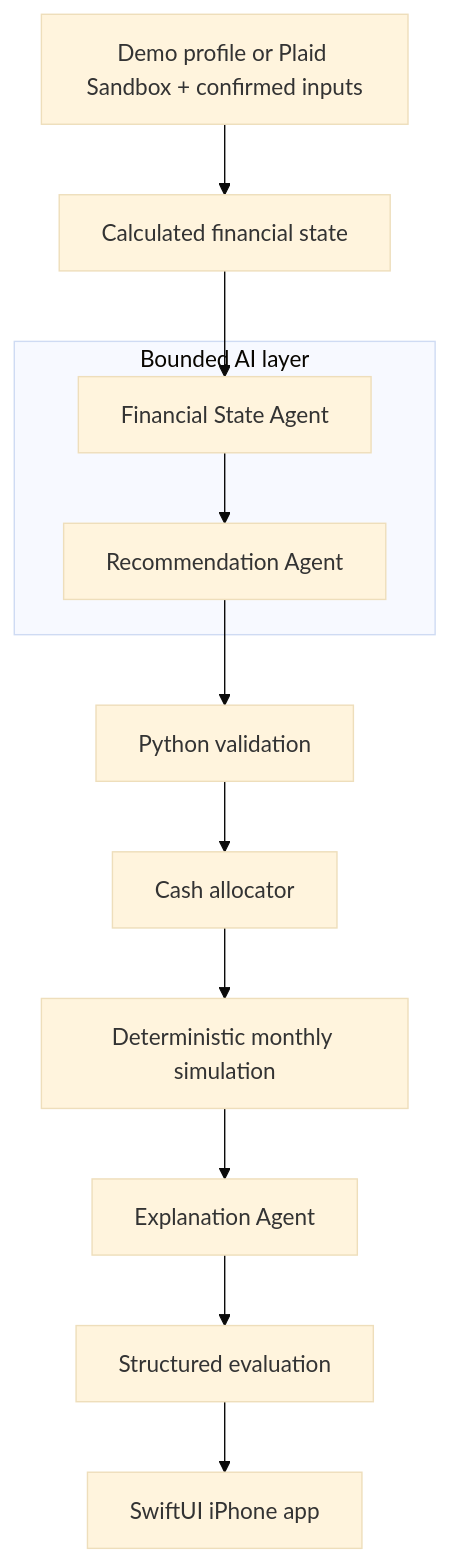
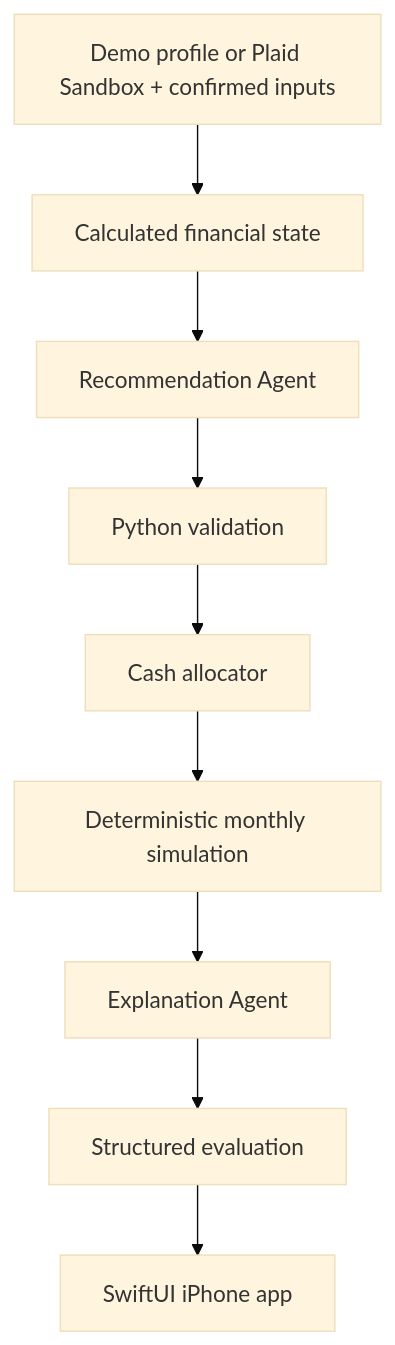
The first of 4 diagrams in README.md (TheCoderrrrr/HackUMBC), drawn with Mermaid (base theme) before and after one commit. The commit also changed other lines of this file, not shown here.

Commit message:
Update README for two-agent plan and tenth artifact

````diff
--- a/README.md
+++ b/README.md
@@ -32,18 +32,12 @@
 ```mermaid
 flowchart TD
     profileInput["Demo profile or Plaid Sandbox + confirmed inputs"] --> stateNode["Calculated financial state"]
 
-    subgraph agentBox["Bounded AI layer"]
-        stateAgent["Financial State Agent"]
-        recAgent["Recommendation Agent"]
-    end
-
-    stateNode --> stateAgent
-    stateAgent --> recAgent
+    stateNode --> recAgent["Recommendation Agent"]
     recAgent --> validator["Python validation"]
     validator --> allocator["Cash allocator"]
     allocator --> simulation["Deterministic monthly simulation"]
     simulation --> explainAgent["Explanation Agent"]
     explainAgent --> evaluation["Structured evaluation"]
     evaluation --> phone["SwiftUI iPhone app"]
 ```
````
